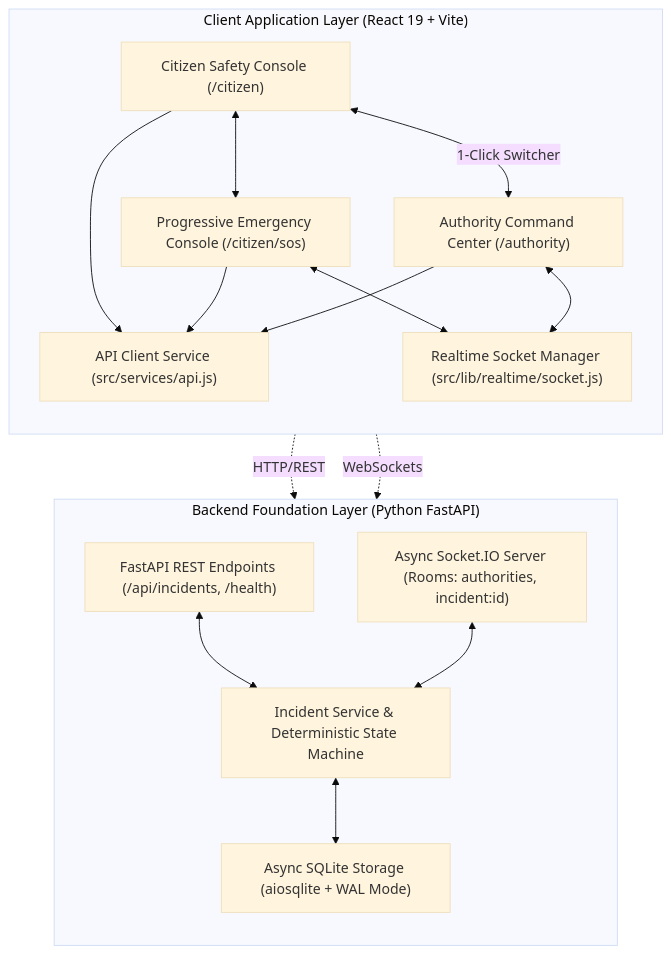
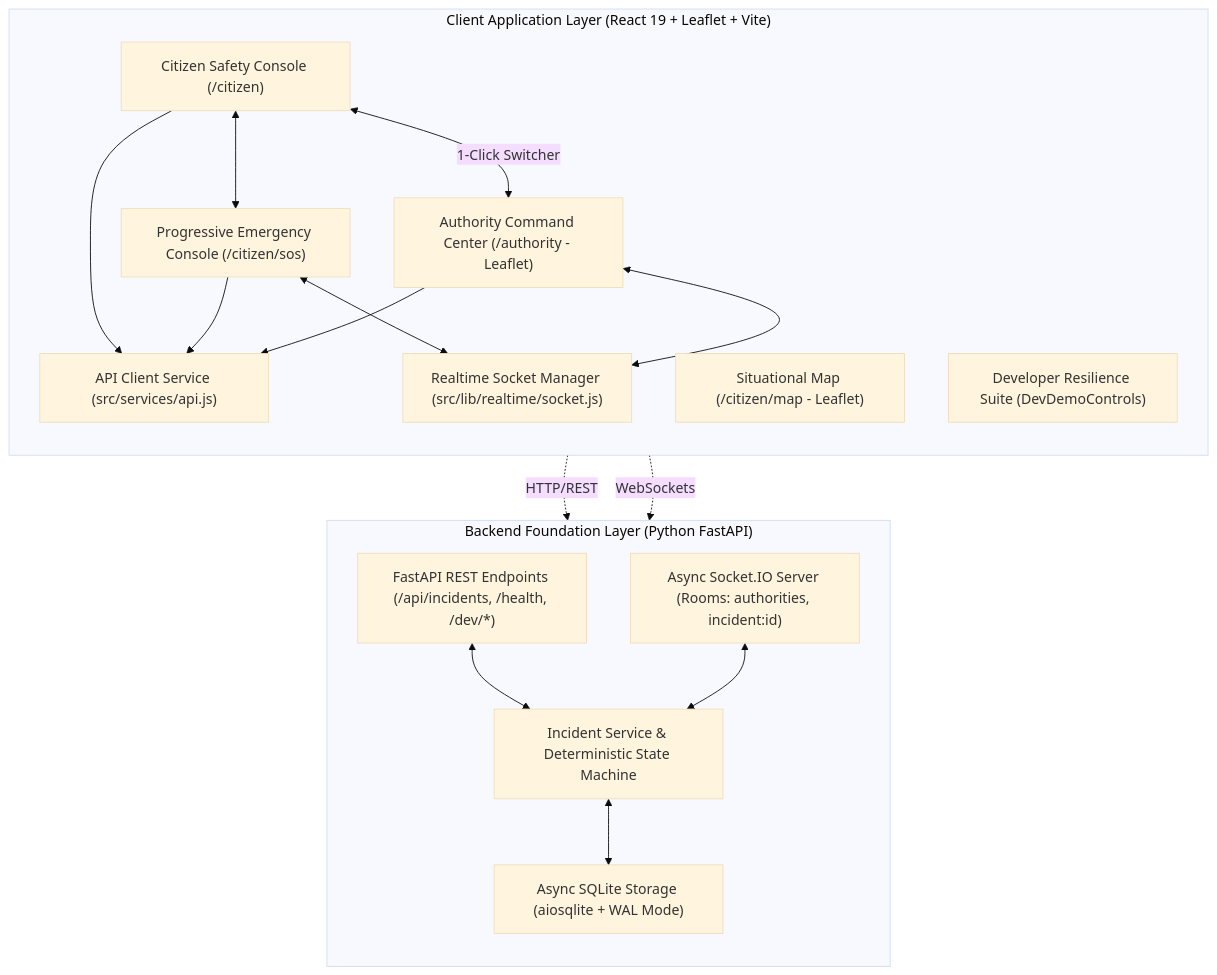
The diagram in docs/ARCHITECTURE.md (pritesh-4/SIH-2026---SALVUS), drawn with Mermaid (base theme) before and after one commit. The commit also changed other lines of this file and 26 other files, not shown here.

````diff
--- a/docs/ARCHITECTURE.md
+++ b/docs/ARCHITECTURE.md
@@ -9,35 +9,37 @@
 ```mermaid
 flowchart TB
-    subgraph Client_App ["Client Application Layer (React 19 + Vite)"]
+    subgraph Client_App ["Client Application Layer (React 19 + Leaflet + Vite)"]
         direction TB
         CitizenPortal["Citizen Safety Console (/citizen)"]
+        CitizenMap["Situational Map (/citizen/map - Leaflet)"]
         CitizenEmergency["Progressive Emergency Console (/citizen/sos)"]
-        AuthorityCenter["Authority Command Center (/authority)"]
+        AuthorityCenter["Authority Command Center (/authority - Leaflet)"]
         RealtimeSocket["Realtime Socket Manager (src/lib/realtime/socket.js)"]
         APIService["API Client Service (src/services/api.js)"]
+        DevDemoPanel["Developer Resilience Suite (DevDemoControls)"]
 
         CitizenPortal <--> CitizenEmergency
         CitizenPortal <-->|"1-Click Switcher"| AuthorityCenter
         CitizenPortal --> APIService
         CitizenEmergency --> APIService
         CitizenEmergency <--> RealtimeSocket
         AuthorityCenter --> APIService
         AuthorityCenter <--> RealtimeSocket
     end
 
     subgraph Backend_App ["Backend Foundation Layer (Python FastAPI)"]
         direction TB
-        APIGateway["FastAPI REST Endpoints (/api/incidents, /health)"]
+        APIGateway["FastAPI REST Endpoints (/api/incidents, /health, /dev/*)"]
         SocketEngine["Async Socket.IO Server (Rooms: authorities, incident:id)"]
         DomainService["Incident Service & Deterministic State Machine"]
         DBLayer["Async SQLite Storage (aiosqlite + WAL Mode)"]
 
         APIGateway <--> DomainService
         SocketEngine <--> DomainService
         DomainService <--> DBLayer
     end
 
     %% Wiring
     APIService -.->|HTTP/REST| APIGateway
     RealtimeSocket -.->|WebSockets| SocketEngine
 ```
````
